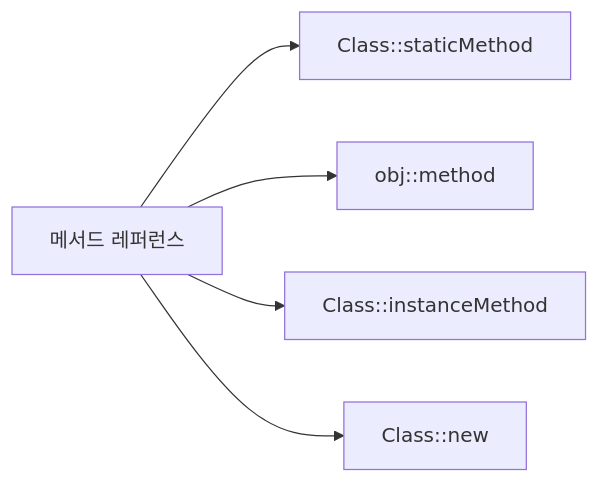
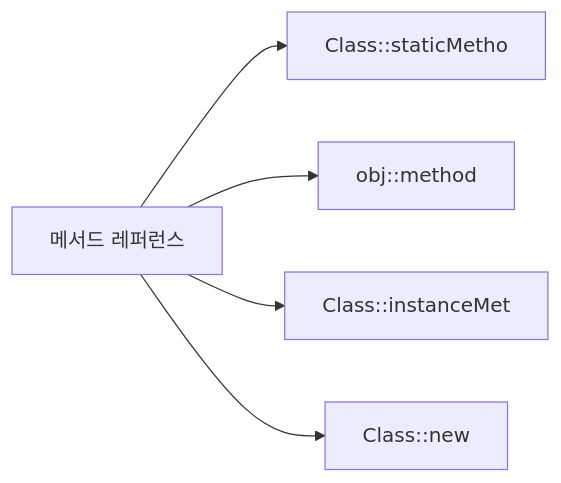
The second of 4 diagrams in _posts/java/2026-05-01-java-lambda.md (yjkim2015/yjkim2015.github.io), drawn with Mermaid before and after one commit. The commit also changed other lines of this file and 245 other files, not shown here.

First line of the commit message:
Mermaid 다이어그램 전면 수정 + 면접 포인트 접기/펼치기 + DB 데드락 페이지

````diff
--- a/_posts/java/2026-05-01-java-lambda.md
+++ b/_posts/java/2026-05-01-java-lambda.md
@@ -615,7 +615,7 @@
 ```mermaid
 graph LR
-    MR["메서드 레퍼런스"] --> ST["Class::staticMethod"]
+    MR["메서드 레퍼런스"] --> ST["Class::staticMetho"]
     MR --> IN["obj::method"]
-    MR --> AR["Class::instanceMethod"]
+    MR --> AR["Class::instanceMet"]
     MR --> CN["Class::new"]
 ```
````
